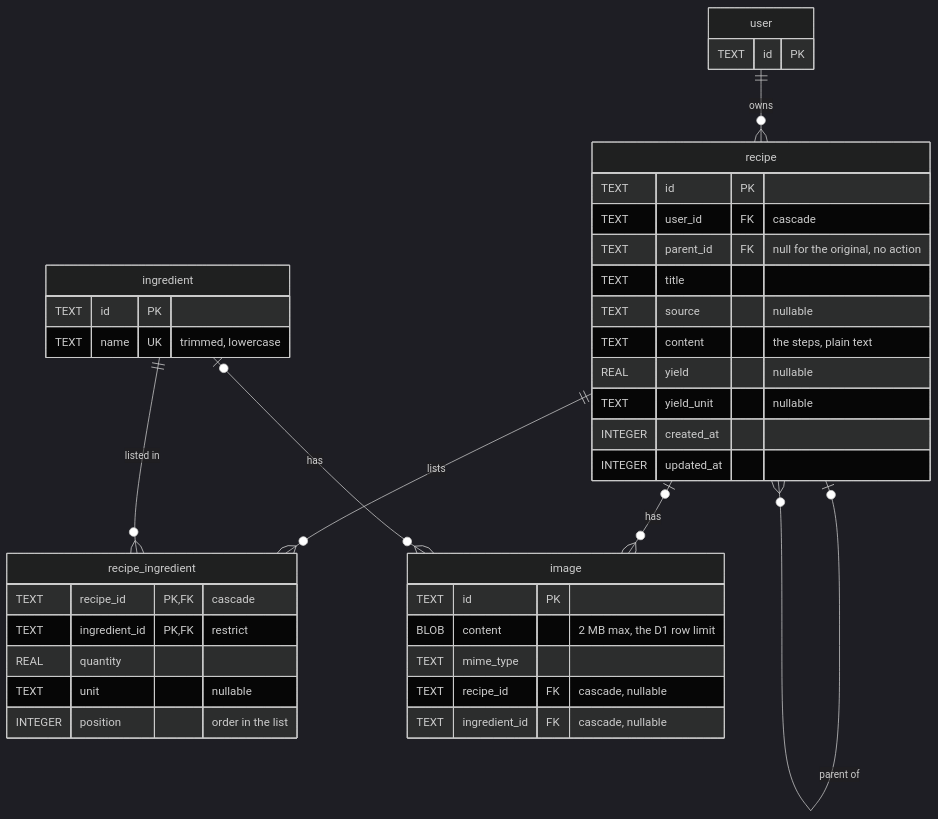
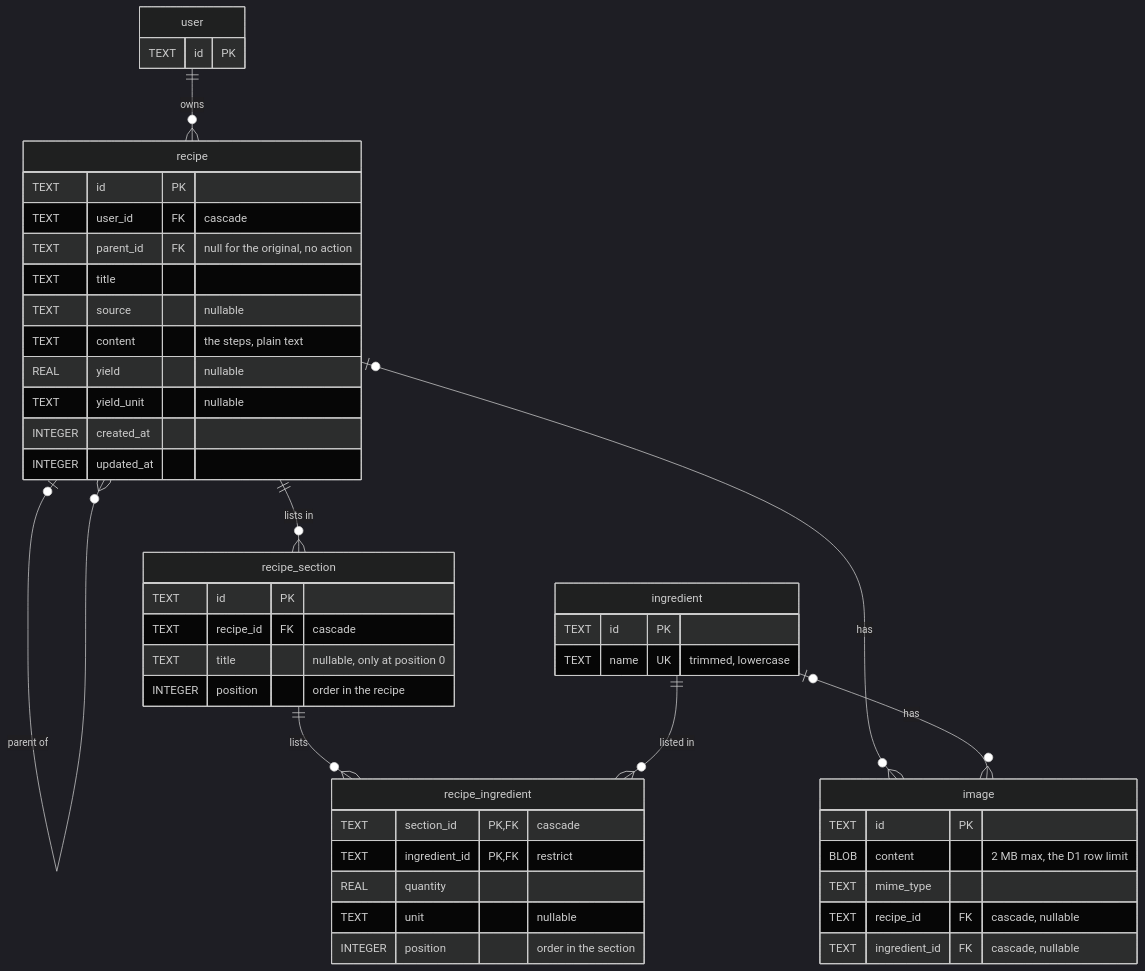
The diagram in packages/db/schema.md (felipeadeildo/hannibox), drawn with Mermaid (dark theme) before and after one commit. The commit also changed other lines of this file and 18 other files, not shown here.

````diff
--- a/packages/db/schema.md
+++ b/packages/db/schema.md
@@ -5,47 +5,55 @@
 ```mermaid
 erDiagram
     user ||--o{ recipe : owns
     recipe |o--o{ recipe : "parent of"
-    recipe ||--o{ recipe_ingredient : lists
+    recipe ||--o{ recipe_section : "lists in"
+    recipe_section ||--o{ recipe_ingredient : lists
     ingredient ||--o{ recipe_ingredient : "listed in"
     recipe |o--o{ image : has
     ingredient |o--o{ image : has
 
     user {
         TEXT id PK
     }
 
     recipe {
         TEXT id PK
         TEXT user_id FK "cascade"
         TEXT parent_id FK "null for the original, no action"
         TEXT title
         TEXT source "nullable"
         TEXT content "the steps, plain text"
         REAL yield "nullable"
         TEXT yield_unit "nullable"
         INTEGER created_at
         INTEGER updated_at
     }
 
     ingredient {
         TEXT id PK
         TEXT name UK "trimmed, lowercase"
     }
 
+    recipe_section {
+        TEXT id PK
+        TEXT recipe_id FK "cascade"
+        TEXT title "nullable, only at position 0"
+        INTEGER position "order in the recipe"
+    }
+
     recipe_ingredient {
-        TEXT recipe_id PK, FK "cascade"
+        TEXT section_id PK, FK "cascade"
         TEXT ingredient_id PK, FK "restrict"
         REAL quantity
         TEXT unit "nullable"
-        INTEGER position "order in the list"
+        INTEGER position "order in the section"
     }
 
     image {
         TEXT id PK
         BLOB content "2 MB max, the D1 row limit"
         TEXT mime_type
         TEXT recipe_id FK "cascade, nullable"
         TEXT ingredient_id FK "cascade, nullable"
     }
 ```
````
